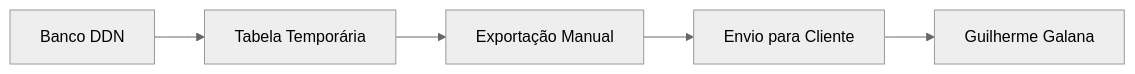
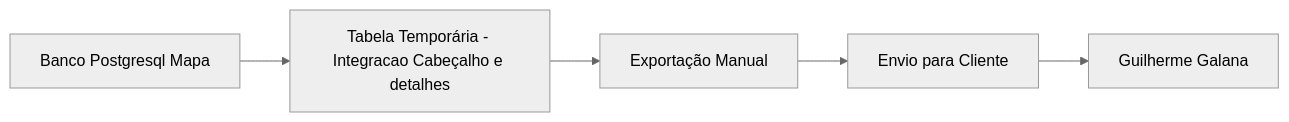
The diagram in docs/jornada-amaggi.md (ViniFini-SR/ViniFini-SR), drawn with Mermaid (neutral theme) before and after one commit. The commit also changed other lines of this file, not shown here.

````diff
--- a/docs/jornada-amaggi.md
+++ b/docs/jornada-amaggi.md
@@ -77,7 +92,7 @@
 ```mermaid
 graph LR
-    A[Banco DDN] --> B[Tabela Temporária]
+    A[Banco Postgresql Mapa] --> B[Tabela Temporária - Integracao Cabeçalho e detalhes]
     B --> C[Exportação Manual]
     C --> D[Envio para Cliente]
     D --> E[Guilherme Galana]
 ```
````
